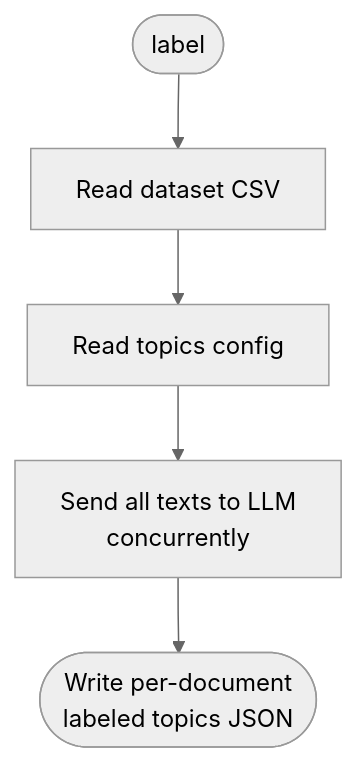
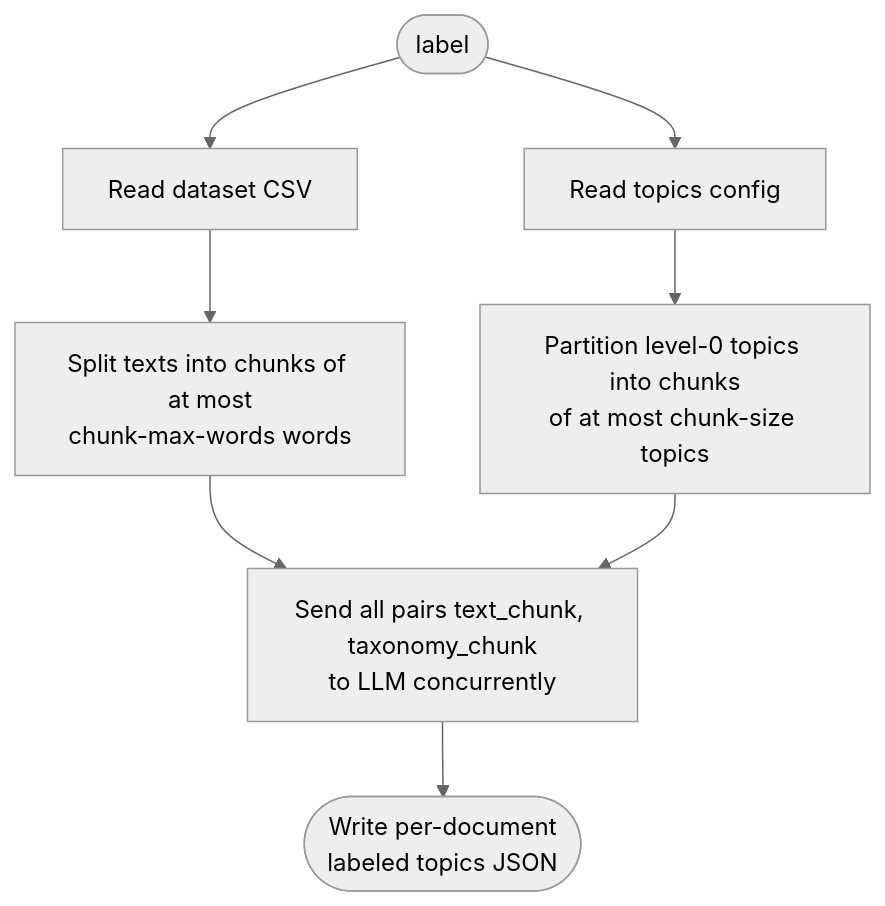
Before and after one commit to JBAujogue/cahier_doleances: the fifth of 5 diagrams in topic-builder/README.md, drawn with Mermaid (neutral theme). The commit also changed other lines of this file, not shown here.

````diff
--- a/topic-builder/README.md
+++ b/topic-builder/README.md
@@ -329,7 +313,10 @@
 ```mermaid
 flowchart TD
     A([label]) --> B[Read dataset CSV]
-    B --> C[Read topics config]
-    C --> D[Send all texts to LLM\nconcurrently]
-    D --> E([Write per-document\nlabeled topics JSON])
+    B --> C[Split texts into chunks of at most\nchunk-max-words words]
+    A --> D[Read topics config]
+    D --> E[Partition level-0 topics into chunks\nof at most chunk-size topics]
+    C --> F[Send all pairs text_chunk, taxonomy_chunk\nto LLM concurrently]
+    E --> F
+    F --> G([Write per-document\nlabeled topics JSON])
 ```
````
